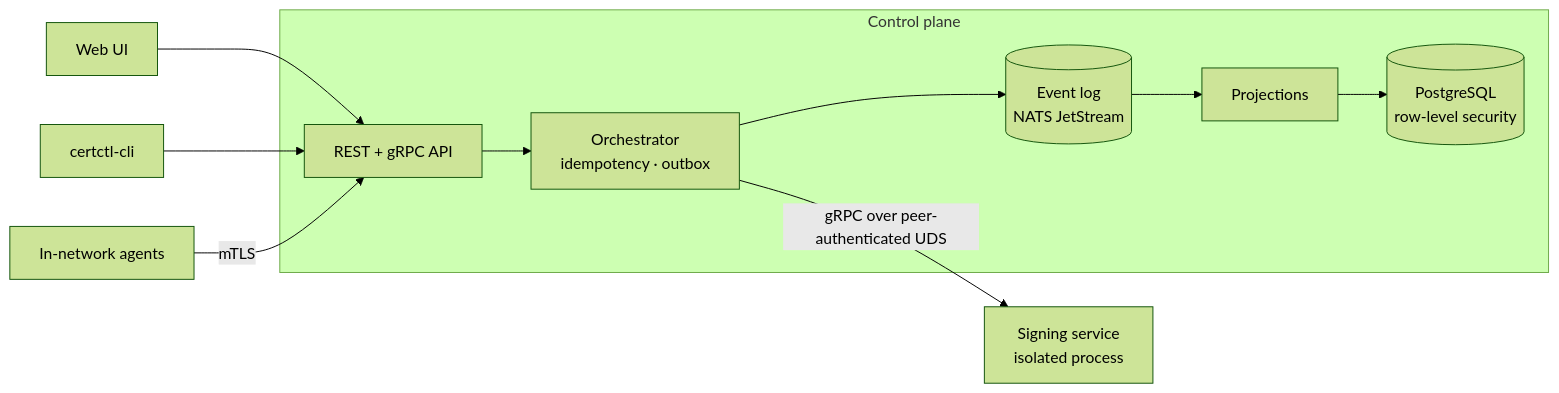
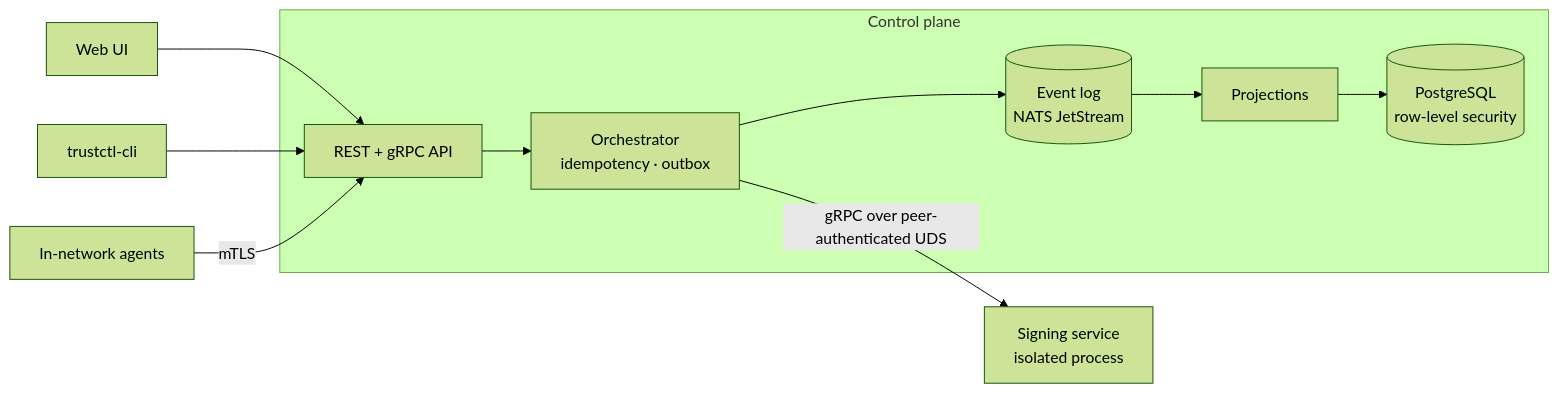
The diagram in README.md (imfeelingtheagi/trustctl), drawn with Mermaid (forest theme) before and after one commit. The commit also changed other lines of this file and 547 other files, not shown here.

First line of the commit message:
chore: rename certctl -> trustctl across the tree

````diff
--- a/README.md
+++ b/README.md
@@ -108,15 +108,15 @@
 ```mermaid
 flowchart LR
   ui[Web UI] --> api
-  cli[certctl-cli] --> api
+  cli[trustctl-cli] --> api
   agent[In-network agents] -- mTLS --> api
 
   subgraph cp [Control plane]
     api[REST + gRPC API] --> orch[Orchestrator<br/>idempotency · outbox]
     orch --> log[(Event log<br/>NATS JetStream)]
     log --> proj[Projections]
     proj --> pg[(PostgreSQL<br/>row-level security)]
   end
 
   orch -- gRPC over peer-authenticated UDS --> signer[Signing service<br/>isolated process]
 ```
````
